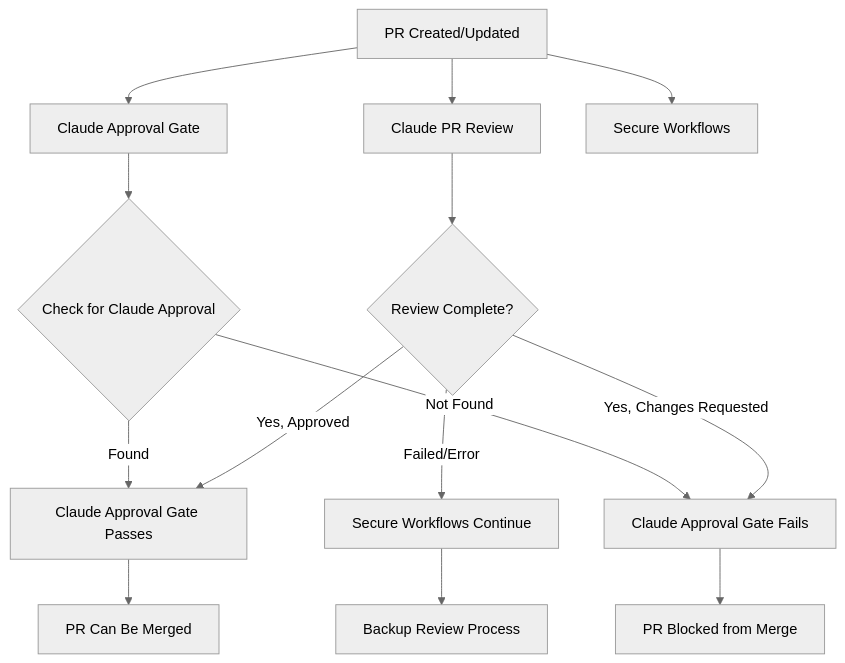
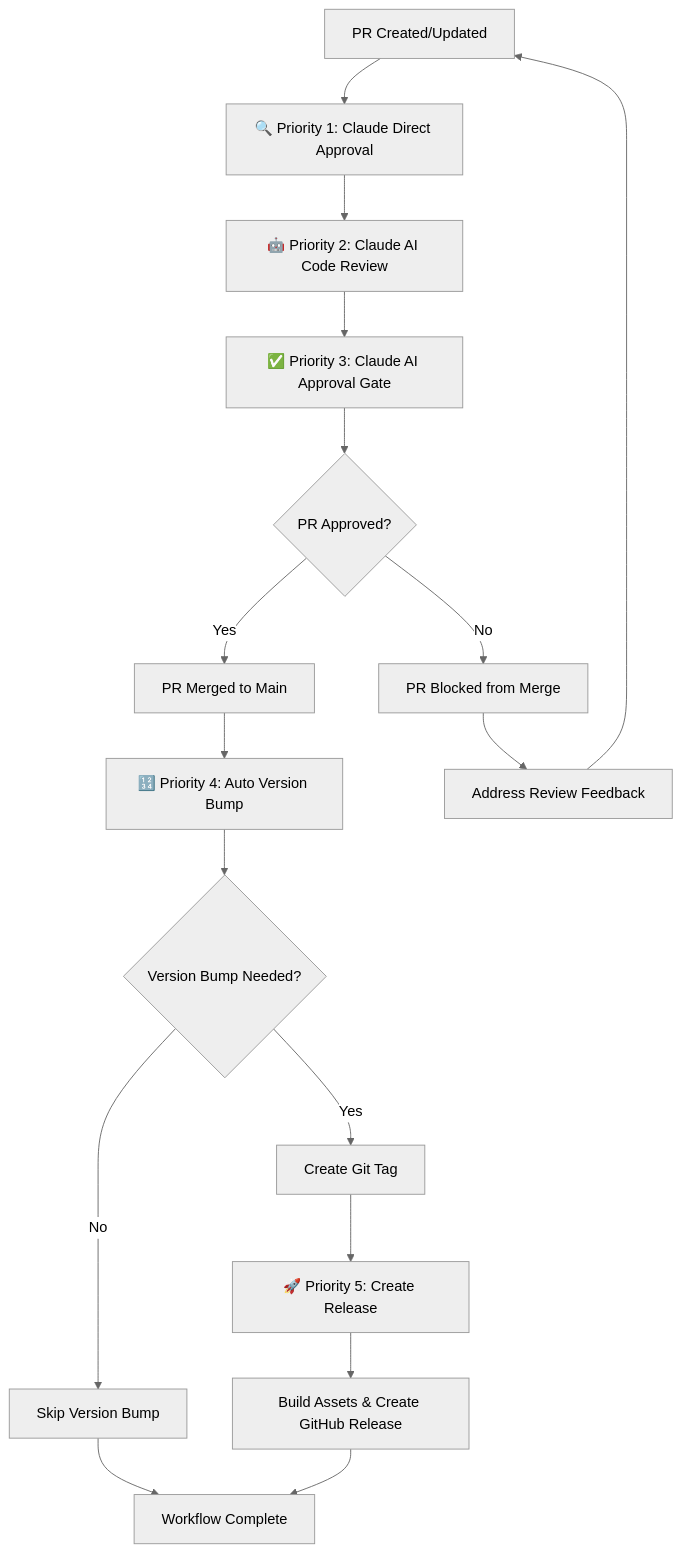
One commit to blaze-commerce/blazecommerce-wp-plugin changed the diagram in docs/development/claude-workflow-sequence.md. Above: the diagram before and after it, drawn with Mermaid (neutral theme). The commit also changed other lines of this file and 6 other files, not shown here.

First line of the commit message:
feat: restructure GitHub workflow priorities for proper execution order

````diff
--- a/docs/development/claude-workflow-sequence.md
+++ b/docs/development/claude-workflow-sequence.md
@@ -54,19 +91,23 @@
 ```mermaid
 graph TD
-    A[PR Created/Updated] --> B[Claude PR Review]
-    A --> C[Claude Approval Gate]
-    A --> D[Secure Workflows]
-    
-    B --> E{Review Complete?}
-    E -->|Yes, Approved| F[Claude Approval Gate Passes]
-    E -->|Yes, Changes Requested| G[Claude Approval Gate Fails]
-    E -->|Failed/Error| H[Secure Workflows Continue]
-    
-    F --> I[PR Can Be Merged]
-    G --> J[PR Blocked from Merge]
-    H --> K[Backup Review Process]
-    
-    C --> L{Check for Claude Approval}
-    L -->|Found| F
-    L -->|Not Found| G
+    A[PR Created/Updated] --> B[🔍 Priority 1: Claude Direct Approval]
+    B --> C[🤖 Priority 2: Claude AI Code Review]
+    C --> D[✅ Priority 3: Claude AI Approval Gate]
+
+    D --> E{PR Approved?}
+    E -->|Yes| F[PR Merged to Main]
+    E -->|No| G[PR Blocked from Merge]
+
+    F --> H[🔢 Priority 4: Auto Version Bump]
+    H --> I{Version Bump Needed?}
+    I -->|Yes| J[Create Git Tag]
+    I -->|No| K[Skip Version Bump]
+
+    J --> L[🚀 Priority 5: Create Release]
+    L --> M[Build Assets & Create GitHub Release]
+
+    K --> N[Workflow Complete]
+    M --> N
+    G --> O[Address Review Feedback]
+    O --> A
 ```
````
